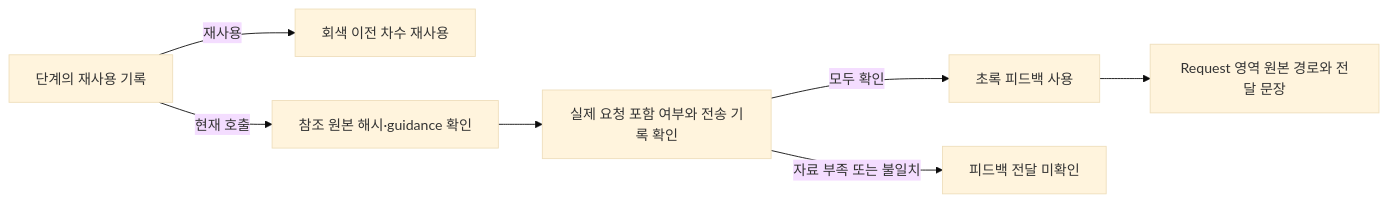
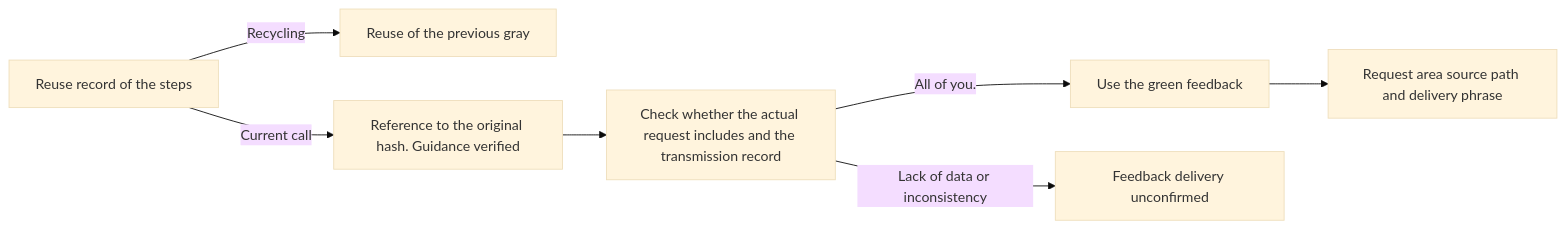
Before and after one commit to pnu-clink/finject: the third of 5 diagrams in src/finarch/documentation/templates/source-layout/dataset-viewer.md, drawn with Mermaid (base theme). The commit also changed other lines of this file and 644 other files, not shown here.

````diff
--- a/src/finarch/documentation/templates/source-layout/dataset-viewer.md
+++ b/src/finarch/documentation/templates/source-layout/dataset-viewer.md
@@ -230,9 +230,9 @@
 ```mermaid
 flowchart LR
- R[단계의 재사용 기록] -->|재사용| G[회색 이전 차수 재사용]
- R -->|현재 호출| C[참조 원본 해시·guidance 확인]
- C --> T[실제 요청 포함 여부와 전송 기록 확인]
- T -->|모두 확인| U[초록 피드백 사용]
- T -->|자료 부족 또는 불일치| X[피드백 전달 미확인]
- U --> V[Request 영역 원본 경로와 전달 문장]
+ R[Reuse record of the steps] -->|Recycling| G[Reuse of the previous gray]
+ R -->|Current call| C[Reference to the original hash. Guidance verified]
+ C --> T[Check whether the actual request includes and the transmission record]
+ T -->|All of you.| U[Use the green feedback]
+ T -->|Lack of data or inconsistency| X[Feedback delivery unconfirmed]
+ U --> V[Request area source path and delivery phrase]
 ```
````
